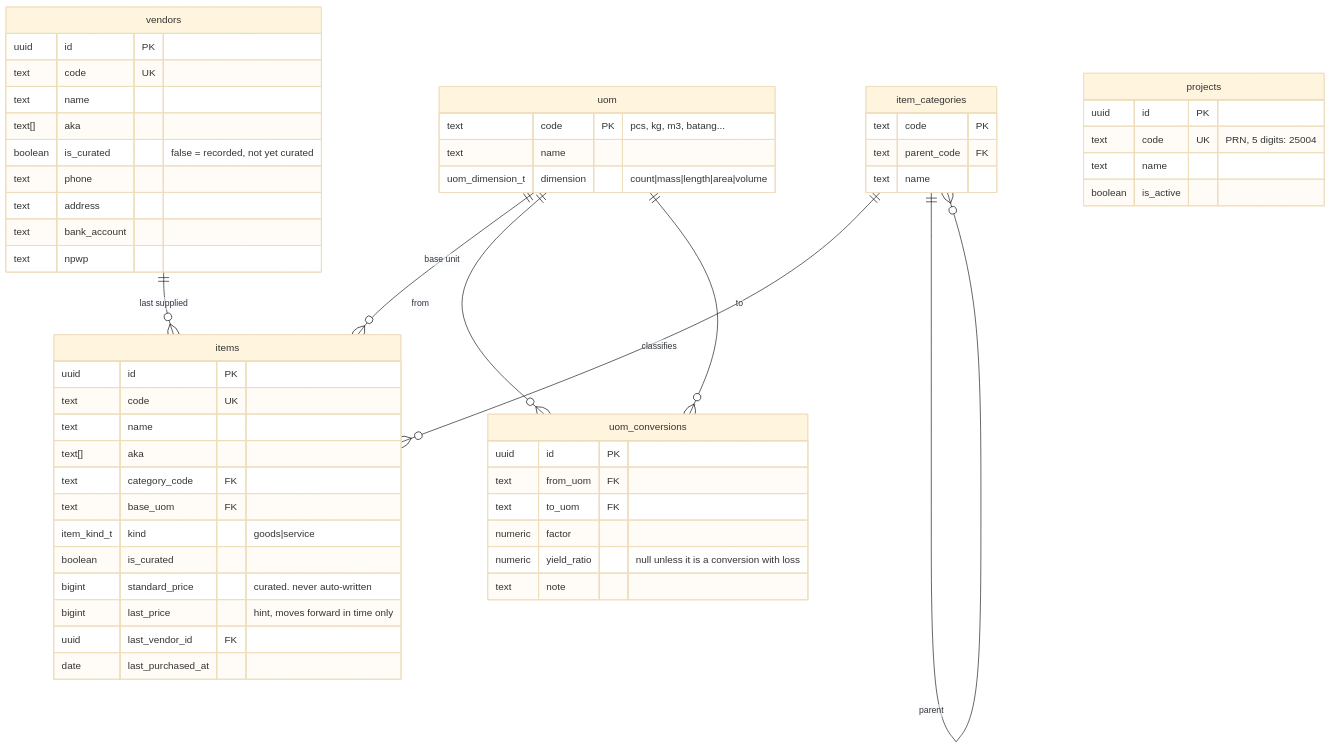
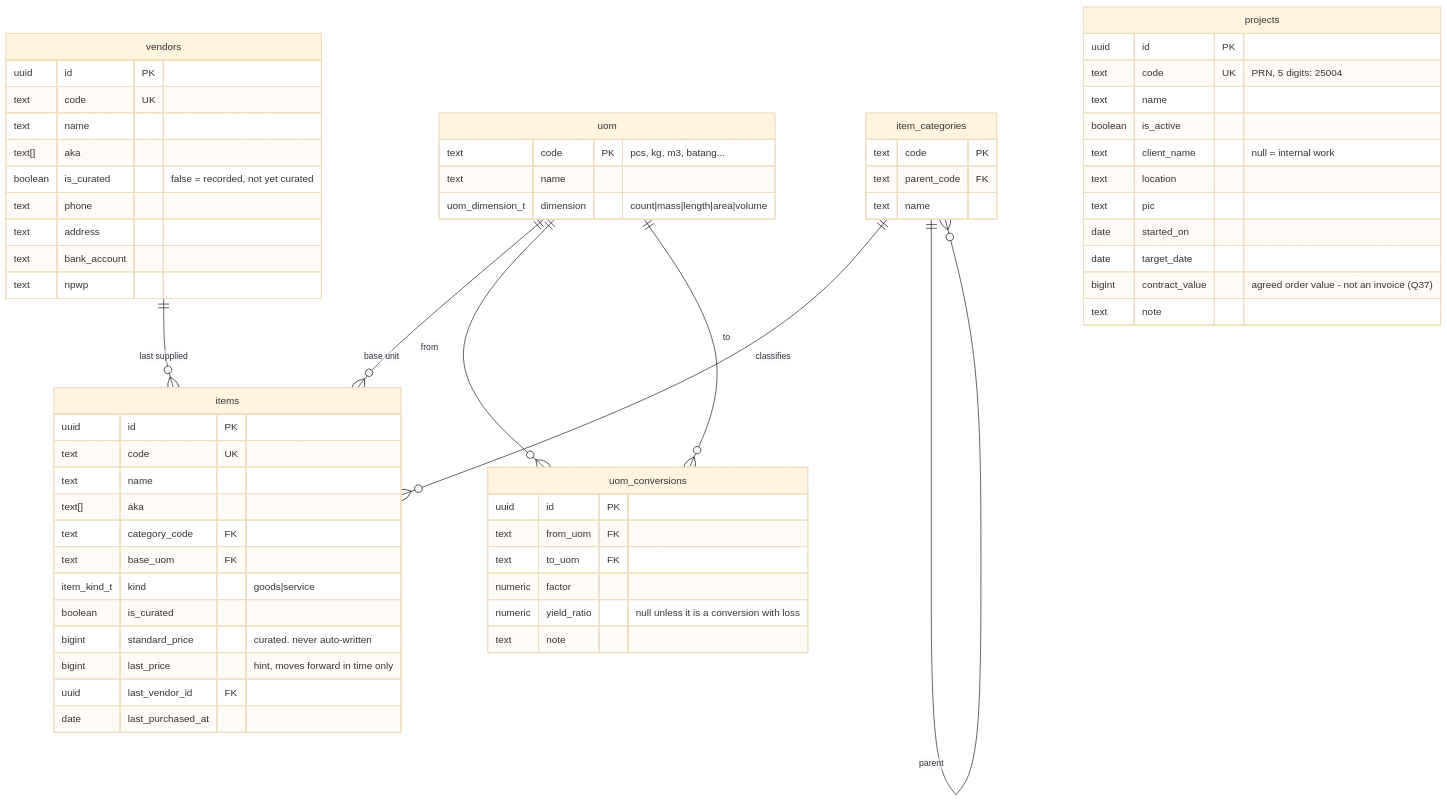
One commit to talait/ops-talaliving changed the second of 8 diagrams in docs/plan/02-database.md. Above: the diagram before and after it, drawn with Mermaid (base theme). The commit also changed other lines of this file and 19 other files, not shown here.

````diff
--- a/docs/plan/02-database.md
+++ b/docs/plan/02-database.md
@@ -518,59 +518,66 @@
 ```mermaid
 erDiagram
     vendors ||--o{ items : "last supplied"
     item_categories ||--o{ items : "classifies"
     item_categories ||--o{ item_categories : "parent"
     uom ||--o{ items : "base unit"
     uom ||--o{ uom_conversions : "from"
     uom ||--o{ uom_conversions : "to"
 
     vendors {
         uuid id PK
         text code UK
         text name
         text[] aka
         boolean is_curated "false = recorded, not yet curated"
         text phone
         text address
         text bank_account
         text npwp
     }
     item_categories {
         text code PK
         text parent_code FK
         text name
     }
     items {
         uuid id PK
         text code UK
         text name
         text[] aka
         text category_code FK
         text base_uom FK
         item_kind_t kind "goods|service"
         boolean is_curated
         bigint standard_price "curated. never auto-written"
         bigint last_price "hint, moves forward in time only"
         uuid last_vendor_id FK
         date last_purchased_at
     }
     uom {
         text code PK "pcs, kg, m3, batang..."
         text name
         uom_dimension_t dimension "count|mass|length|area|volume"
     }
     uom_conversions {
         uuid id PK
         text from_uom FK
         text to_uom FK
         numeric factor
         numeric yield_ratio "null unless it is a conversion with loss"
         text note
     }
     projects {
         uuid id PK
         text code UK "PRN, 5 digits: 25004"
         text name
         boolean is_active
+        text client_name "null = internal work"
+        text location
+        text pic
+        date started_on
+        date target_date
+        bigint contract_value "agreed order value - not an invoice (Q37)"
+        text note
     }
 ```
````
